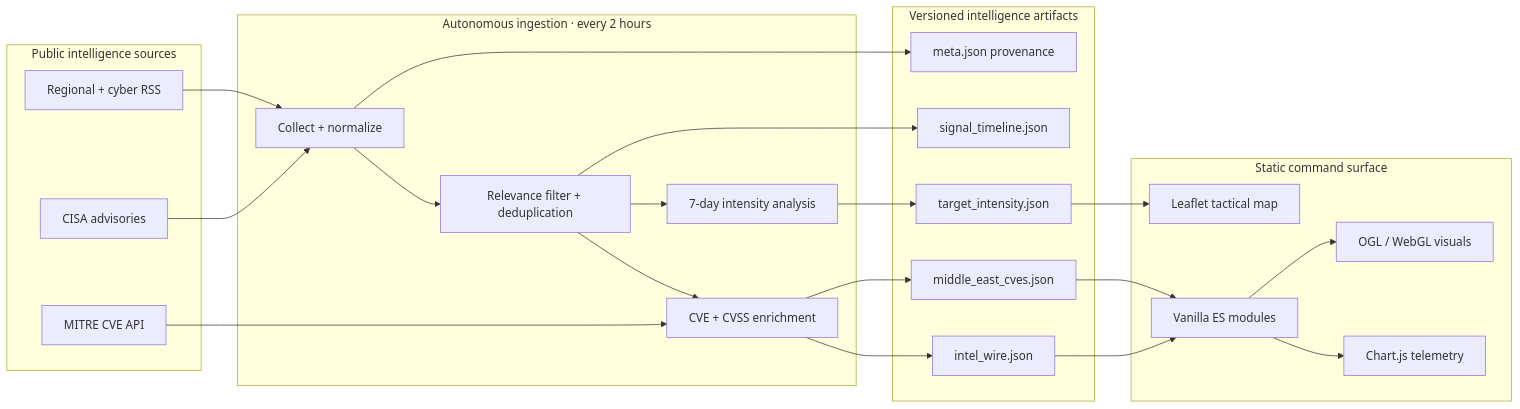
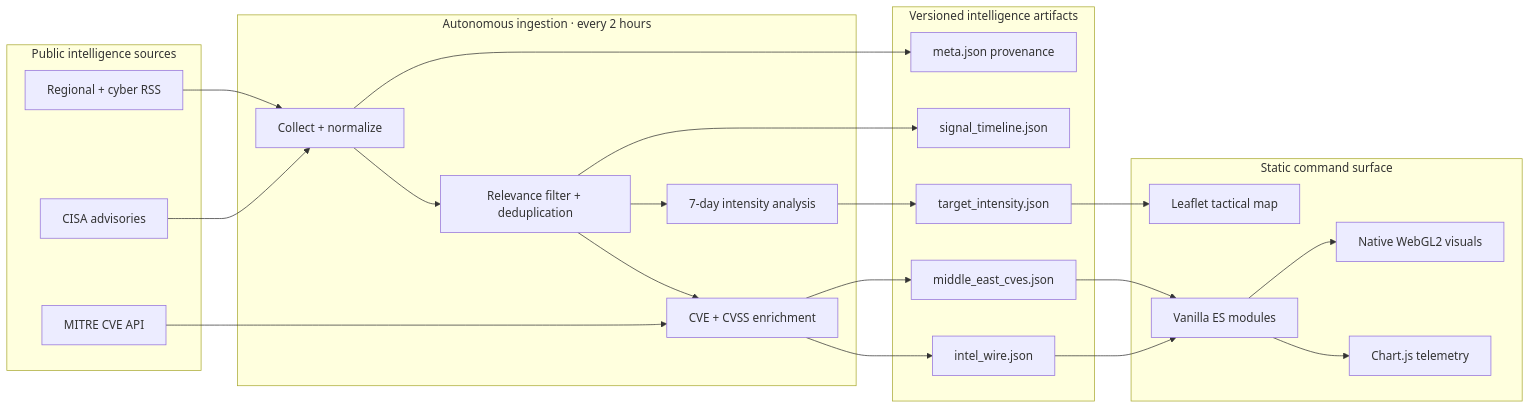
The first of 2 diagrams in README.md (YASLOGIST/yaslogist-intelligence), drawn with Mermaid before and after one commit. The commit also changed other lines of this file and 2 other files, not shown here.

Commit message:
perf: harden spatial WebGL background pipeline

````diff
--- a/README.md
+++ b/README.md
@@ -57,47 +57,47 @@
 ```mermaid
 flowchart LR
     subgraph Sources[Public intelligence sources]
         RSS[Regional + cyber RSS]
         CISA[CISA advisories]
         MITRE[MITRE CVE API]
     end
 
     subgraph Pipeline[Autonomous ingestion · every 2 hours]
         COLLECT[Collect + normalize]
         FILTER[Relevance filter + deduplication]
         ENRICH[CVE + CVSS enrichment]
         SCORE[7-day intensity analysis]
     end
 
     subgraph Data[Versioned intelligence artifacts]
         WIRE[intel_wire.json]
         CVE[middle_east_cves.json]
         HEAT[target_intensity.json]
         META[meta.json provenance]
         TIME[signal_timeline.json]
     end
 
     subgraph Edge[Static command surface]
         UI[Vanilla ES modules]
         MAP[Leaflet tactical map]
         CHART[Chart.js telemetry]
-        VFX[OGL / WebGL visuals]
+        VFX[Native WebGL2 visuals]
     end
 
     RSS --> COLLECT
     CISA --> COLLECT
     COLLECT --> FILTER
     FILTER --> ENRICH
     MITRE --> ENRICH
     FILTER --> SCORE
     ENRICH --> WIRE
     ENRICH --> CVE
     SCORE --> HEAT
     FILTER --> TIME
     COLLECT --> META
     WIRE --> UI
     CVE --> UI
     HEAT --> MAP
     UI --> CHART
     UI --> VFX
 ```
````
